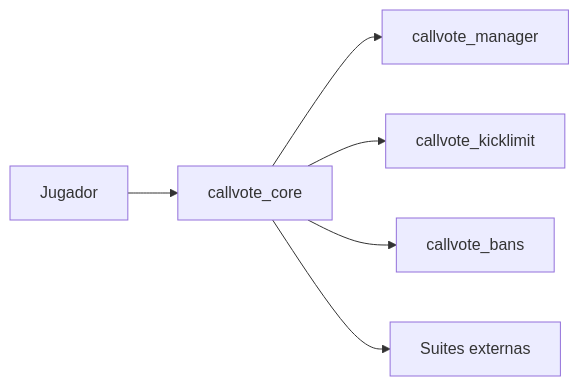
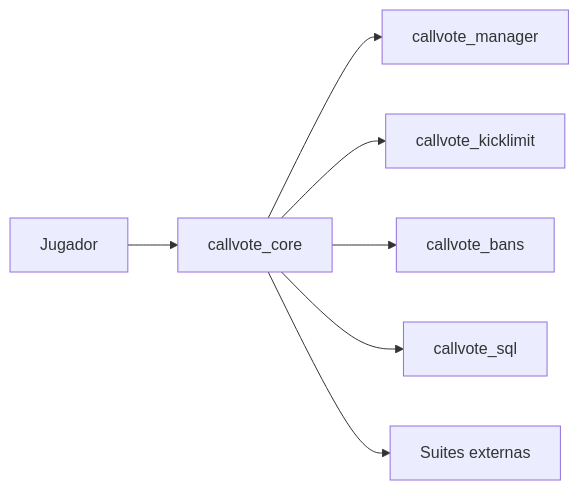
One commit to AoC-Gamers/CallVote-Manager changed the diagram in README.md. Above: the diagram before and after it, drawn with Mermaid. The commit also changed other lines of this file and 50 other files, not shown here.

````diff
--- a/README.md
+++ b/README.md
@@ -27,15 +28,17 @@
 ```mermaid
 flowchart LR
     Player[Jugador]
     Core[callvote_core]
     Manager[callvote_manager]
     KickLimit[callvote_kicklimit]
     Bans[callvote_bans]
+    SQL[callvote_sql]
     External[Suites externas]
 
     Player --> Core
     Core --> Manager
     Core --> KickLimit
     Core --> Bans
+    Core --> SQL
     Core --> External
 ```
````
